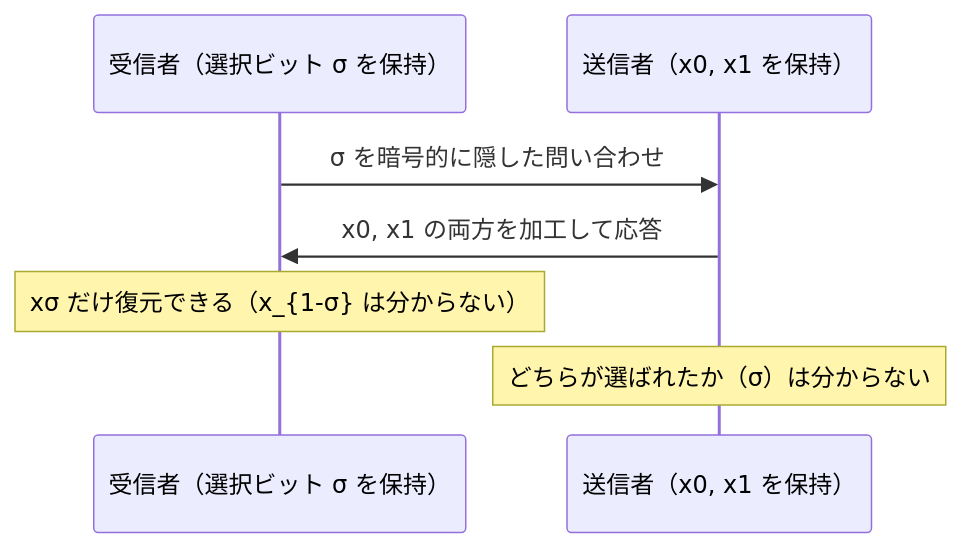
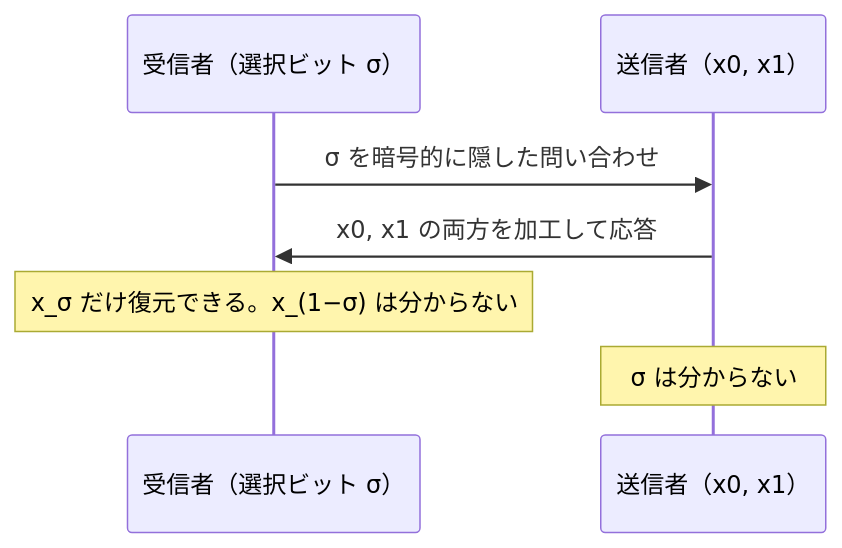
One commit to SomaTomita/sec-prep changed the diagram in topics/03_privacy/03_ppt-cryptographic/01_pir-and-ot.md. Above: the diagram before and after it, drawn with Mermaid. The commit also changed other lines of this file and 2 other files, not shown here.

````diff
--- a/topics/03_privacy/03_ppt-cryptographic/01_pir-and-ot.md
+++ b/topics/03_privacy/03_ppt-cryptographic/01_pir-and-ot.md
@@ -54,9 +62,9 @@
 ```mermaid
 sequenceDiagram
-    participant R as 受信者（選択ビット σ を保持）
-    participant S as 送信者（x0, x1 を保持）
+    participant R as 受信者（選択ビット σ）
+    participant S as 送信者（x0, x1）
     R->>S: σ を暗号的に隠した問い合わせ
     S->>R: x0, x1 の両方を加工して応答
-    Note over R: xσ だけ復元できる（x_{1-σ} は分からない）
-    Note over S: どちらが選ばれたか（σ）は分からない
+    Note over R: x_σ だけ復元できる。x_(1−σ) は分からない
+    Note over S: σ は分からない
 ```
````
